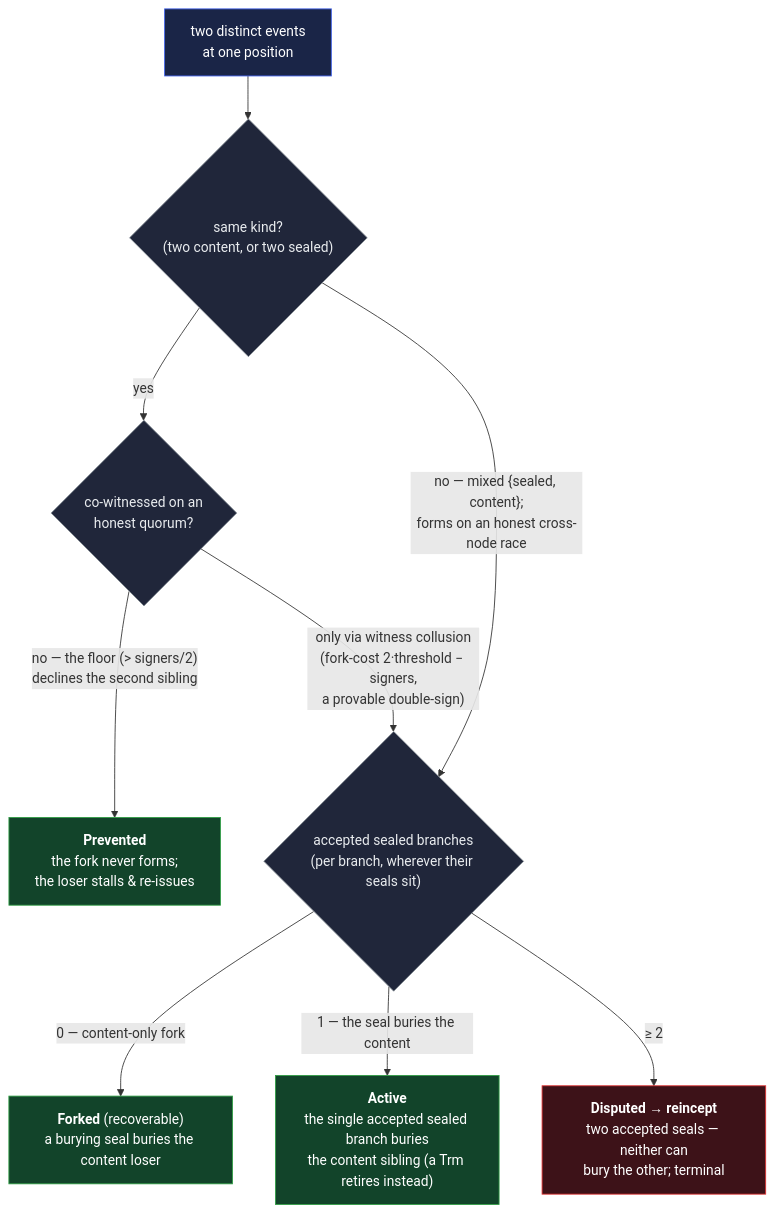
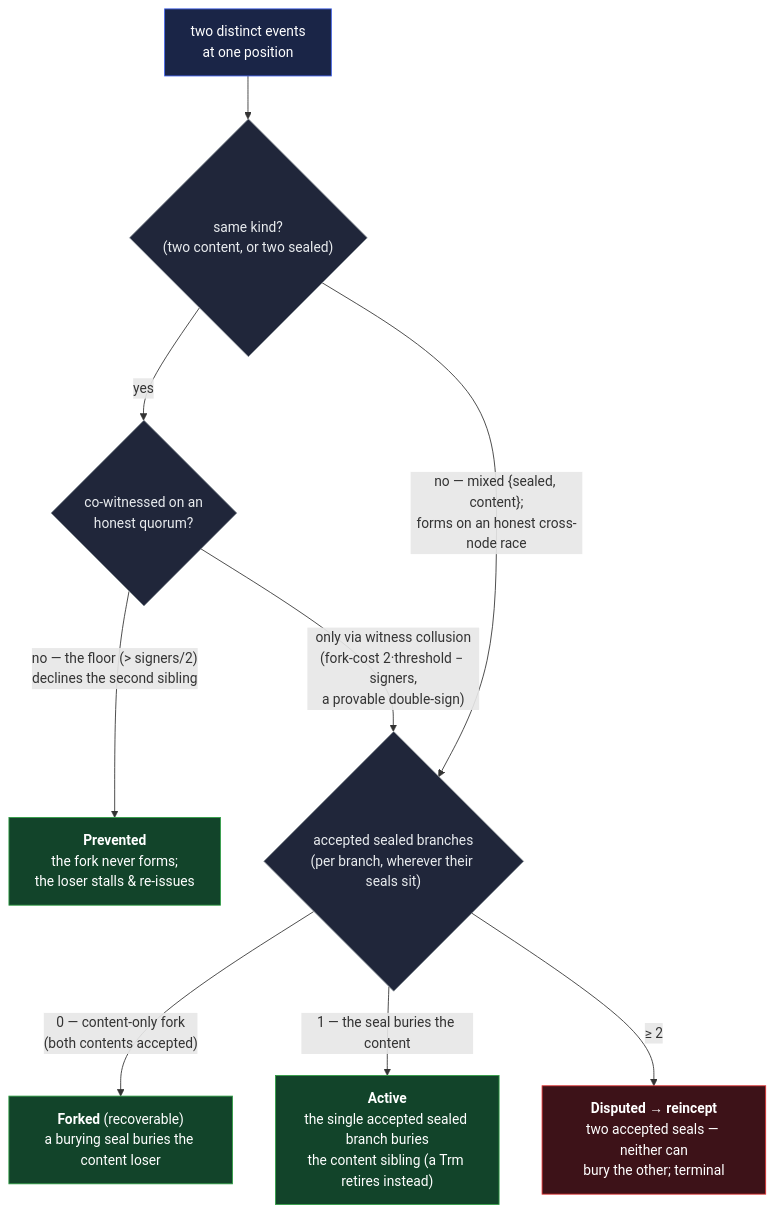
One commit to jasoncolburne/vdti changed the diagram in docs/design/system-thesis.md. Above: the diagram before and after it, drawn with Mermaid. The commit also changed other lines of this file and 15 other files, not shown here.

````diff
--- a/docs/design/system-thesis.md
+++ b/docs/design/system-thesis.md
@@ -70,16 +70,16 @@
 ```mermaid
 flowchart TD
   A["two distinct events<br/>at one position"]:::start
   A --> K{"same kind?<br/>(two content, or two sealed)"}:::q
   K -->|"yes"| HQ{"co-witnessed on an<br/>honest quorum?"}:::q
   HQ -->|"no — the floor (&gt; signers/2)<br/>declines the second sibling"| P["<b>Prevented</b><br/>the fork never forms;<br/>the loser stalls &amp; re-issues"]:::good
   HQ -->|"only via witness collusion<br/>(fork-cost 2·threshold − signers,<br/>a provable double-sign)"| N{"accepted sealed branches<br/>(per branch, wherever their seals sit)"}:::q
   K -->|"no — mixed {sealed, content};<br/>forms on an honest cross-node race"| N
-  N -->|"0 — content-only fork"| F["<b>Forked</b> (recoverable)<br/>a burying seal buries the content loser"]:::good
+  N -->|"0 — content-only fork<br/>(both contents accepted)"| F["<b>Forked</b> (recoverable)<br/>a burying seal buries the content loser"]:::good
   N -->|"1 — the seal buries the content"| AC["<b>Active</b><br/>the single accepted sealed branch buries<br/>the content sibling (a Trm retires instead)"]:::good
   N -->|"≥ 2"| X["<b>Disputed → reincept</b><br/>two accepted seals — neither can<br/>bury the other; terminal"]:::bad
   classDef start fill:#1a2547,stroke:#4263eb,color:#fff
   classDef q fill:#20263a,stroke:#868e96,color:#e9ecef
   classDef good fill:#12442a,stroke:#2f9e44,color:#fff
   classDef bad fill:#3d1218,stroke:#e03131,color:#fff
 ```
````
